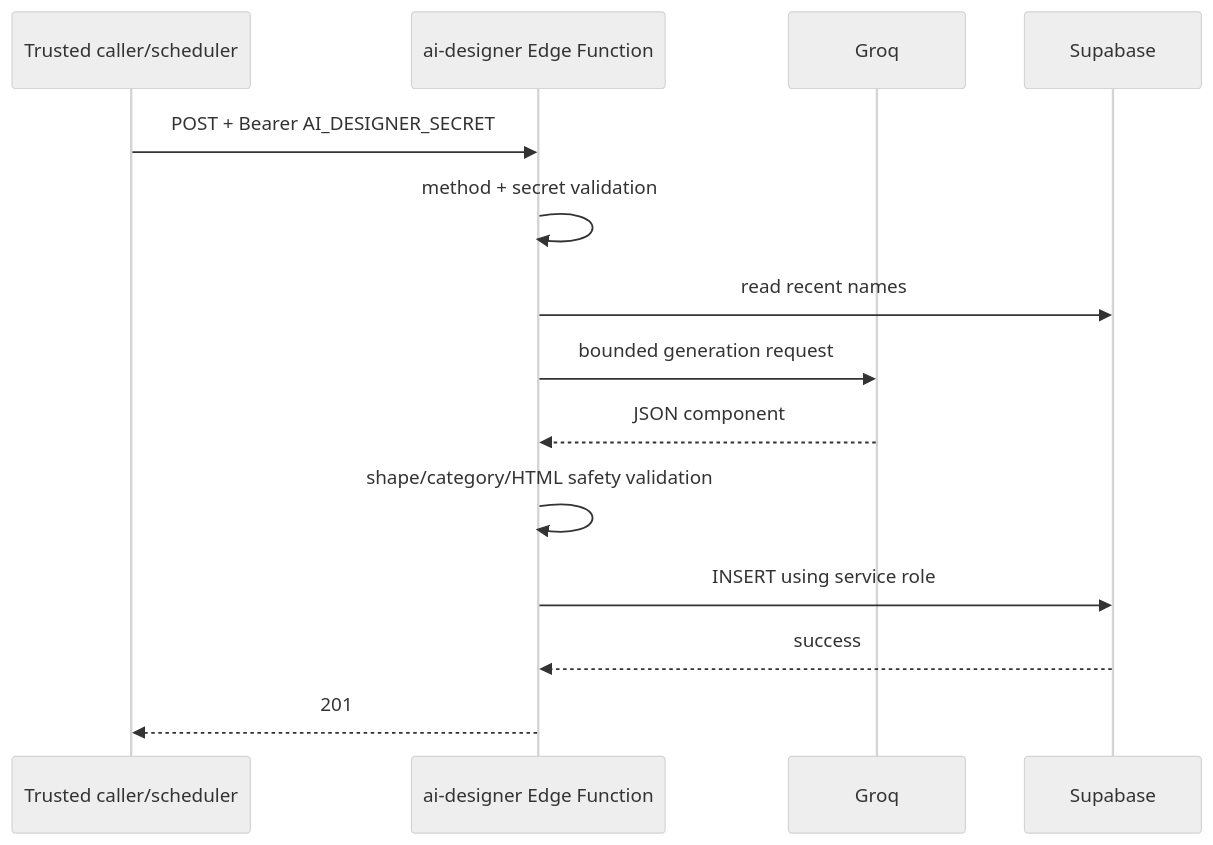
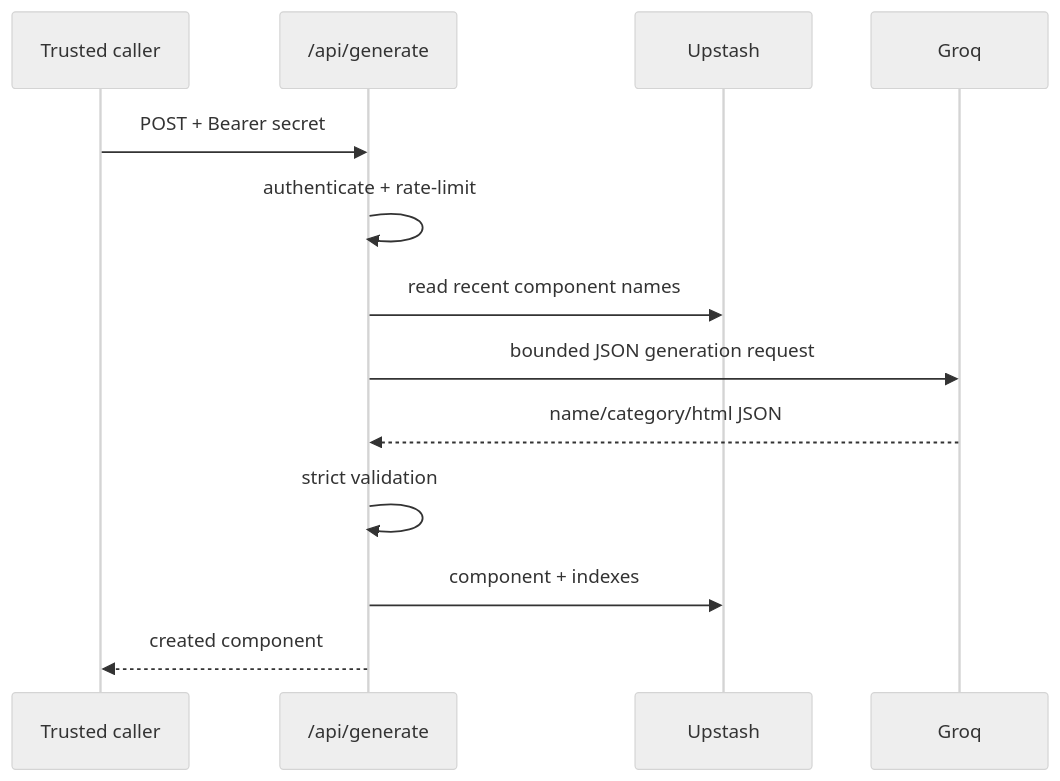
One commit to DominceAseberos/live-pixvault changed the third of 4 diagrams in DOCUMENTATION.md. Above: the diagram before and after it, drawn with Mermaid (neutral theme). The commit also changed other lines of this file and 26 other files, not shown here.

Commit message:
migrate-pixvault-to-upstash-and-rebuild-component-library

````diff
--- a/DOCUMENTATION.md
+++ b/DOCUMENTATION.md
@@ -209,17 +308,16 @@
 ```mermaid
 sequenceDiagram
-  participant C as Trusted caller/scheduler
-  participant F as ai-designer Edge Function
+  participant C as Trusted caller
+  participant API as /api/generate
+  participant R as Upstash
   participant G as Groq
-  participant DB as Supabase
 
-  C->>F: POST + Bearer AI_DESIGNER_SECRET
-  F->>F: method + secret validation
-  F->>DB: read recent names
-  F->>G: bounded generation request
-  G-->>F: JSON component
-  F->>F: shape/category/HTML safety validation
-  F->>DB: INSERT using service role
-  DB-->>F: success
-  F-->>C: 201
+  C->>API: POST + Bearer secret
+  API->>API: authenticate + rate-limit
+  API->>R: read recent component names
+  API->>G: bounded JSON generation request
+  G-->>API: name/category/html JSON
+  API->>API: strict validation
+  API->>R: component + indexes
+  API-->>C: created component
 ```
````
